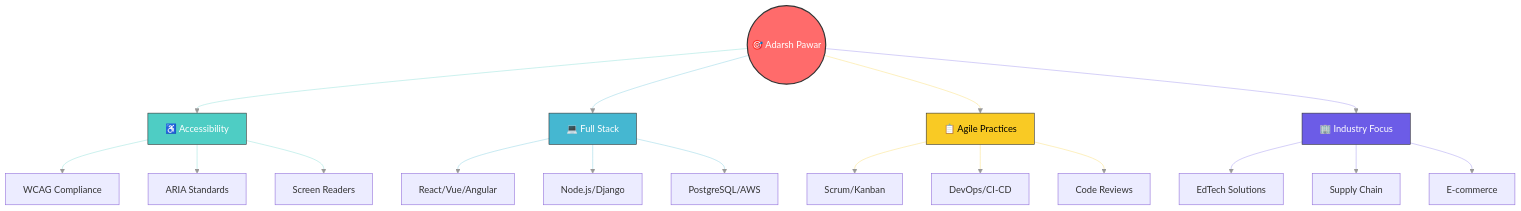
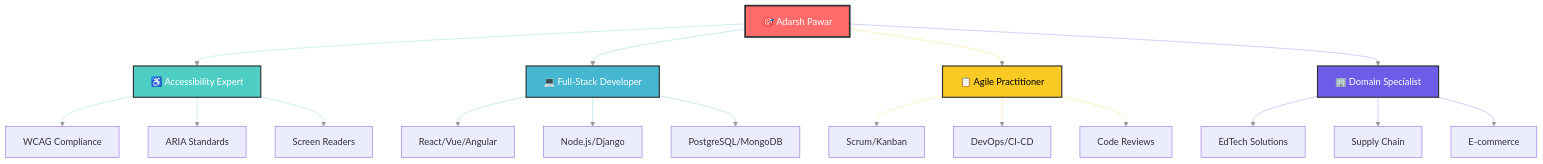
The diagram in readme.md (AdarshPawar29/adarshpawar29), drawn with Mermaid before and after one commit. The commit also changed other lines of this file, not shown here.

````diff
--- a/readme.md
+++ b/readme.md
@@ -170,49 +229,49 @@
 ```mermaid
 graph TD
-    A((🎯 Adarsh Pawar)) --> B[♿ Accessibility]
-    A --> C[💻 Full Stack]
-    A --> D[📋 Agile Practices]
-    A --> E[🏢 Industry Focus]
+    A[🎯 Adarsh Pawar] --> B[♿ Accessibility Expert]
+    A --> C[💻 Full-Stack Developer]
+    A --> D[📋 Agile Practitioner]
+    A --> E[🏢 Domain Specialist]
 
     B --> B1[WCAG Compliance]
     B --> B2[ARIA Standards]
     B --> B3[Screen Readers]
 
     C --> C1[React/Vue/Angular]
     C --> C2[Node.js/Django]
-    C --> C3[PostgreSQL/AWS]
+    C --> C3[PostgreSQL/MongoDB]
 
     D --> D1[Scrum/Kanban]
     D --> D2[DevOps/CI-CD]
     D --> D3[Code Reviews]
 
     E --> E1[EdTech Solutions]
     E --> E2[Supply Chain]
     E --> E3[E-commerce]
 
     %% Node Styling
-    style A fill:#ff6b6b,stroke:#333,stroke-width:2px,color:#fff
-    style B fill:#4ecdc4,stroke:#333,stroke-width:1px,color:#fff
-    style C fill:#45b7d1,stroke:#333,stroke-width:1px,color:#fff
-    style D fill:#f9ca24,stroke:#333,stroke-width:1px,color:#000
-    style E fill:#6c5ce7,stroke:#333,stroke-width:1px,color:#fff
+    style A fill:#ff6b6b,stroke:#333,stroke-width:3px,color:#fff
+    style B fill:#4ecdc4,stroke:#333,stroke-width:2px,color:#fff
+    style C fill:#45b7d1,stroke:#333,stroke-width:2px,color:#fff
+    style D fill:#f9ca24,stroke:#333,stroke-width:2px,color:#000
+    style E fill:#6c5ce7,stroke:#333,stroke-width:2px,color:#fff
 
-    %% Thin Branch Styling
+    %% Ultra-Thin Branch Styling
     linkStyle default stroke-width:0.5px,stroke:#999
     linkStyle 0 stroke:#4ecdc4,stroke-width:0.5px
     linkStyle 1 stroke:#45b7d1,stroke-width:0.5px
     linkStyle 2 stroke:#f9ca24,stroke-width:0.5px
     linkStyle 3 stroke:#6c5ce7,stroke-width:0.5px
     linkStyle 4 stroke:#4ecdc4,stroke-width:0.5px
     linkStyle 5 stroke:#4ecdc4,stroke-width:0.5px
     linkStyle 6 stroke:#4ecdc4,stroke-width:0.5px
     linkStyle 7 stroke:#45b7d1,stroke-width:0.5px
     linkStyle 8 stroke:#45b7d1,stroke-width:0.5px
     linkStyle 9 stroke:#45b7d1,stroke-width:0.5px
     linkStyle 10 stroke:#f9ca24,stroke-width:0.5px
     linkStyle 11 stroke:#f9ca24,stroke-width:0.5px
     linkStyle 12 stroke:#f9ca24,stroke-width:0.5px
     linkStyle 13 stroke:#6c5ce7,stroke-width:0.5px
     linkStyle 14 stroke:#6c5ce7,stroke-width:0.5px
     linkStyle 15 stroke:#6c5ce7,stroke-width:0.5px
 ```
````
